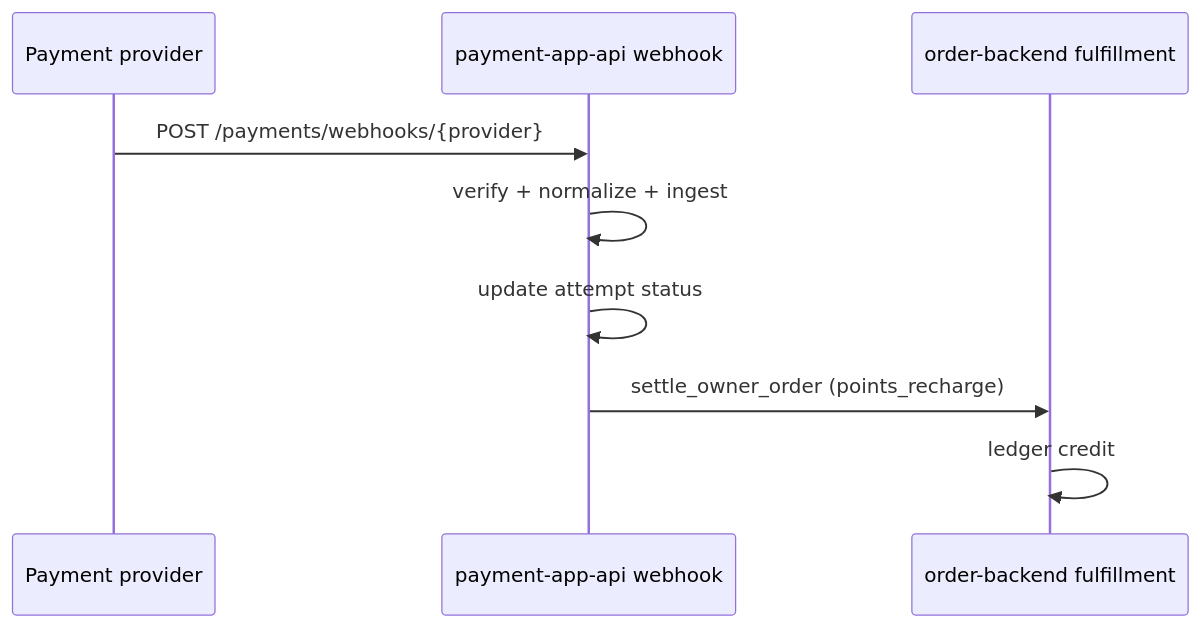
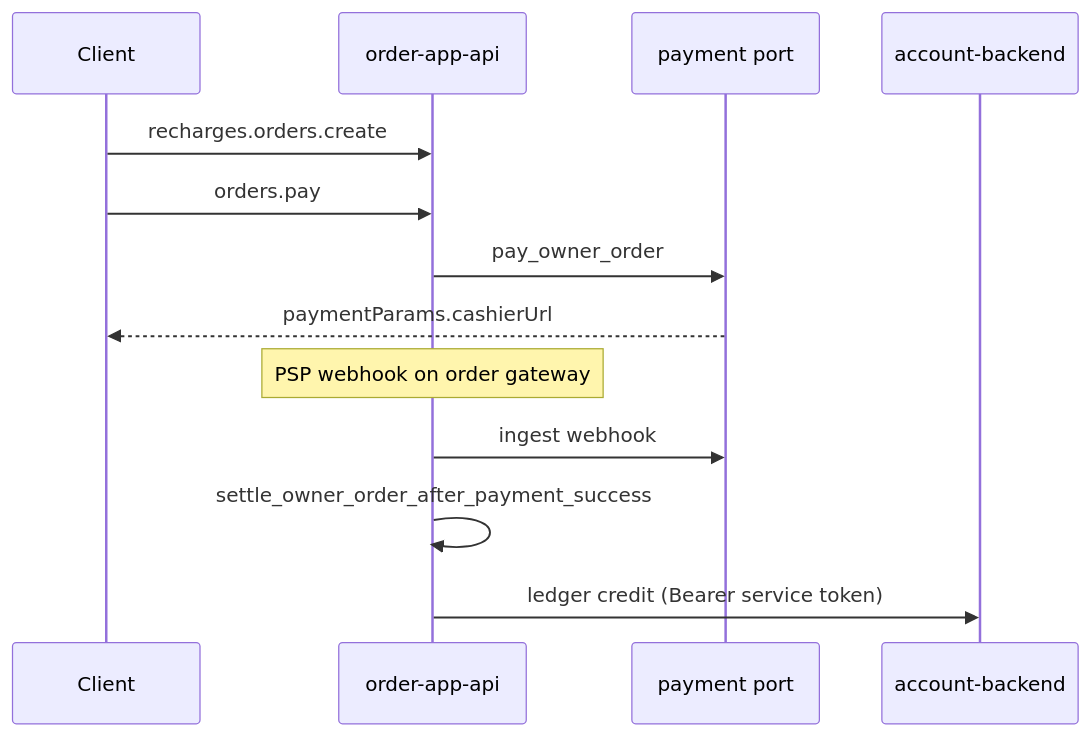
The second of 3 diagrams in docs/architecture/commerce/COMMERCE_CHECKOUT_ARCHITECTURE.md (Sdkwork-Cloud/sdkwork-order), drawn with Mermaid before and after one commit. The commit also changed other lines of this file and 35 other files, not shown here.

````diff
--- a/docs/architecture/commerce/COMMERCE_CHECKOUT_ARCHITECTURE.md
+++ b/docs/architecture/commerce/COMMERCE_CHECKOUT_ARCHITECTURE.md
@@ -42,12 +43,16 @@
 ```mermaid
 sequenceDiagram
-    participant PSP as Payment provider
-    participant Payment as payment-app-api webhook
-    participant Order as order-backend fulfillment
+    participant Client
+    participant Order as order-app-api
+    participant Payment as payment port
+    participant Account as account-backend
 
-    PSP->>Payment: POST /payments/webhooks/{provider}
-    Payment->>Payment: verify + normalize + ingest
-    Payment->>Payment: update attempt status
-    Payment->>Order: settle_owner_order (points_recharge)
-    Order->>Order: ledger credit
+    Client->>Order: recharges.orders.create
+    Client->>Order: orders.pay
+    Order->>Payment: pay_owner_order
+    Payment-->>Client: paymentParams.cashierUrl
+    Note over Order: PSP webhook on order gateway
+    Order->>Payment: ingest webhook
+    Order->>Order: settle_owner_order_after_payment_success
+    Order->>Account: ledger credit (Bearer service token)
 ```
````
